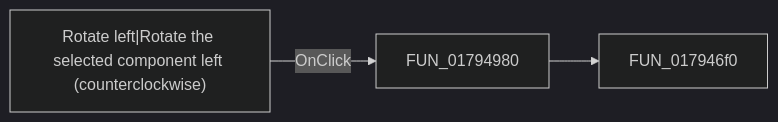
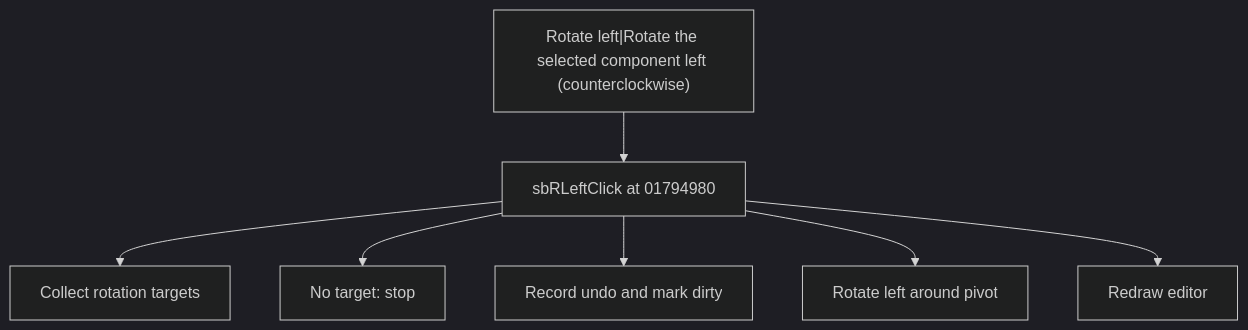
The diagram in docs/ui-controls/shapeedit/sbrleft-3c17825b80.md (MovGP0/TIARA), drawn with Mermaid (dark theme) before and after one commit. The commit also changed other lines of this file and 1062 other files, not shown here.

````diff
--- a/docs/ui-controls/shapeedit/sbrleft-3c17825b80.md
+++ b/docs/ui-controls/shapeedit/sbrleft-3c17825b80.md
@@ -27,5 +27,9 @@
 ```mermaid
-flowchart LR
-    control["Rotate left|Rotate the selected component left (counterclockwise)"] -->|OnClick| handler["FUN_01794980"]
-    handler --> call1["FUN_017946f0"]
+flowchart TD
+    control["Rotate left|Rotate the selected component left (counterclockwise)"] --> handler["sbRLeftClick at 01794980"]
+    handler --> step1["Collect rotation targets"]
+    handler --> step2["No target: stop"]
+    handler --> step3["Record undo and mark dirty"]
+    handler --> step4["Rotate left around pivot"]
+    handler --> step5["Redraw editor"]
 ```
````
